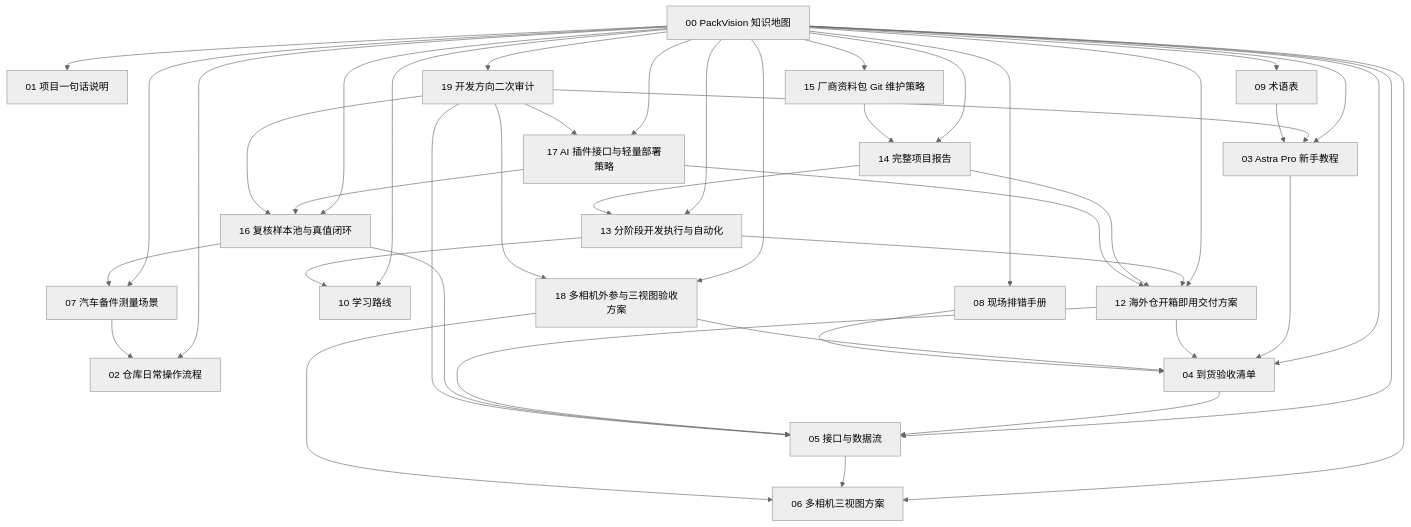
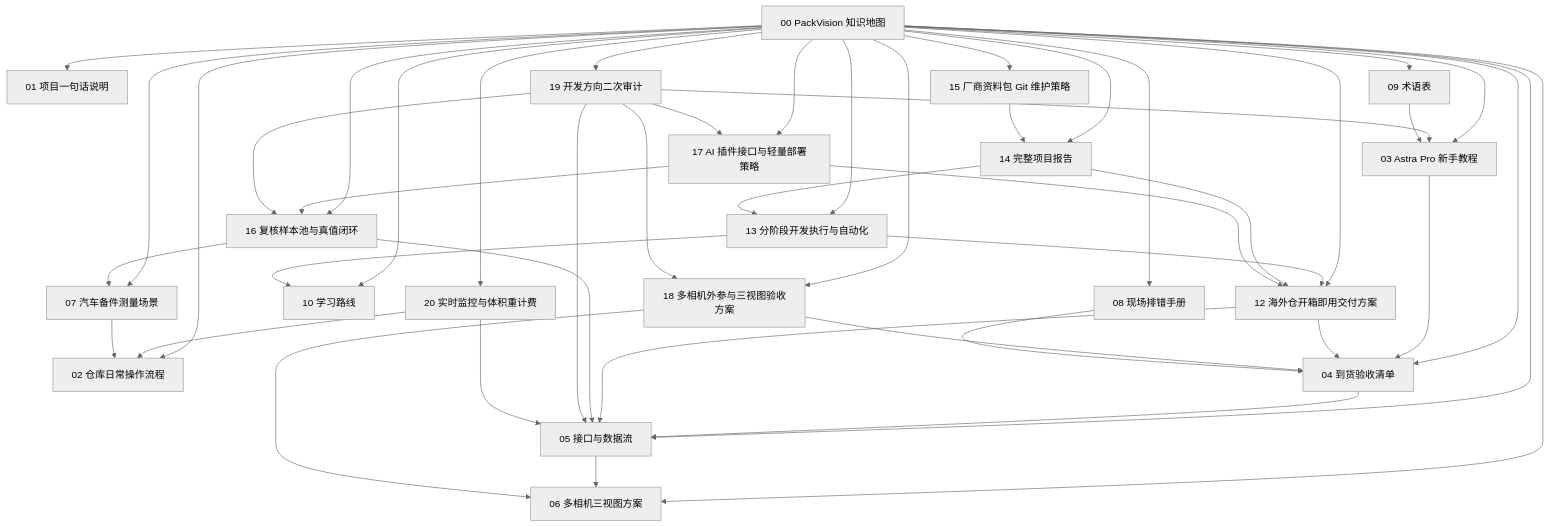
One commit to BilibiliSZdaomei/packvision changed the diagram in docs_obsidian/PackVision/00 PackVision 知识地图.md. Above: the diagram before and after it, drawn with Mermaid (neutral theme). The commit also changed other lines of this file and 13 other files, not shown here.

````diff
--- a/docs_obsidian/PackVision/00 PackVision 知识地图.md
+++ b/docs_obsidian/PackVision/00 PackVision 知识地图.md
@@ -43,45 +44,48 @@
 ```mermaid
 graph TD
   A["00 PackVision 知识地图"] --> B["01 项目一句话说明"]
   A --> C["02 仓库日常操作流程"]
   A --> D["03 Astra Pro 新手教程"]
   A --> E["04 到货验收清单"]
   A --> F["05 接口与数据流"]
   A --> G["06 多相机三视图方案"]
   A --> H["07 汽车备件测量场景"]
   A --> I["08 现场排错手册"]
   A --> J["09 术语表"]
   A --> K["10 学习路线"]
   A --> L["12 海外仓开箱即用交付方案"]
   A --> M["13 分阶段开发执行与自动化"]
   A --> N["14 完整项目报告"]
   A --> O["15 厂商资料包 Git 维护策略"]
   A --> P["16 复核样本池与真值闭环"]
   A --> Q["17 AI 插件接口与轻量部署策略"]
   A --> R["18 多相机外参与三视图验收方案"]
   A --> S["19 开发方向二次审计"]
+  A --> T["20 实时监控与体积重计费"]
   D --> E
   E --> F
   F --> G
   L --> E
   L --> F
   M --> K
   M --> L
   N --> L
   N --> M
   O --> N
   P --> F
   P --> H
   Q --> P
   Q --> L
   R --> G
   R --> E
   S --> D
   S --> F
   S --> P
   S --> Q
   S --> R
+  T --> C
+  T --> F
   H --> C
   I --> E
   J --> D
 ```
````
